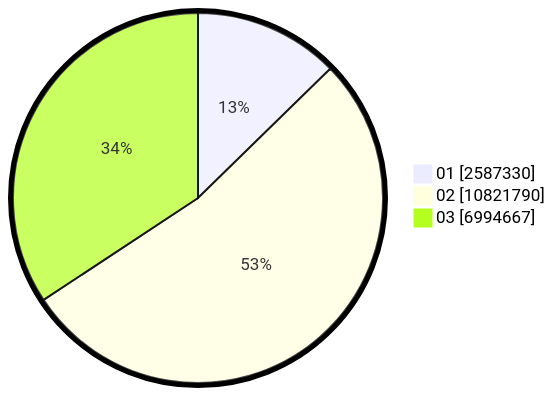
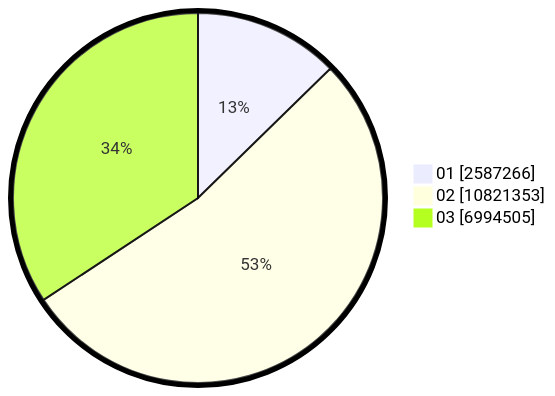
The second of 2 diagrams in pilpres/hitung-suara/sub/table-wilayah-33.md (gigit-pemilu/pemilu-2024), drawn with Mermaid before and after one commit. The commit also changed other lines of this file and 8 other files, not shown here.

````diff
--- a/pilpres/hitung-suara/sub/table-wilayah-33.md
+++ b/pilpres/hitung-suara/sub/table-wilayah-33.md
@@ -15,7 +15,7 @@
 ```mermaid
 %%{init: {"pie": {"textPosition": 0.5}, "themeVariables": {"pieOuterStrokeWidth": "5px"}} }%%
 pie showData
-    "01" : 2587330
-    "02" : 10821790
-    "03" : 6994667
+    "01" : 2587266
+    "02" : 10821353
+    "03" : 6994505
 ```
````
